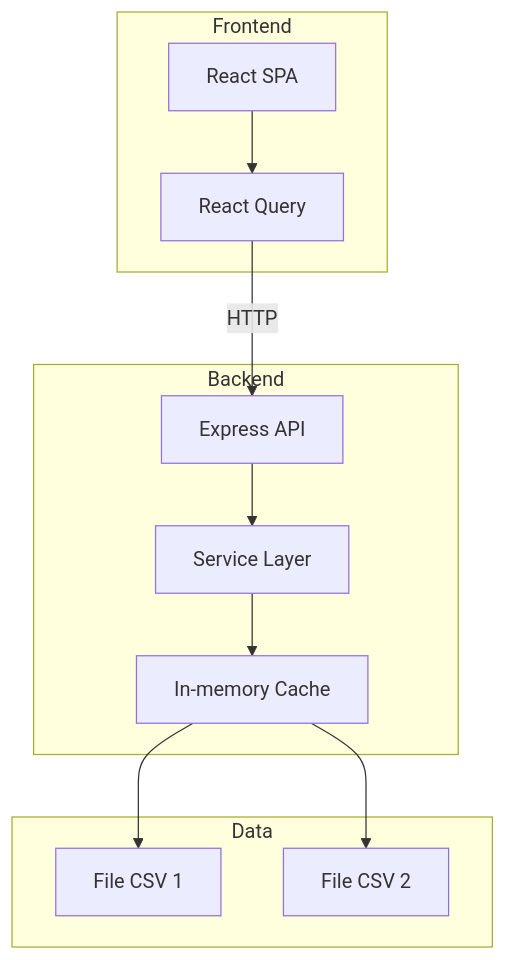
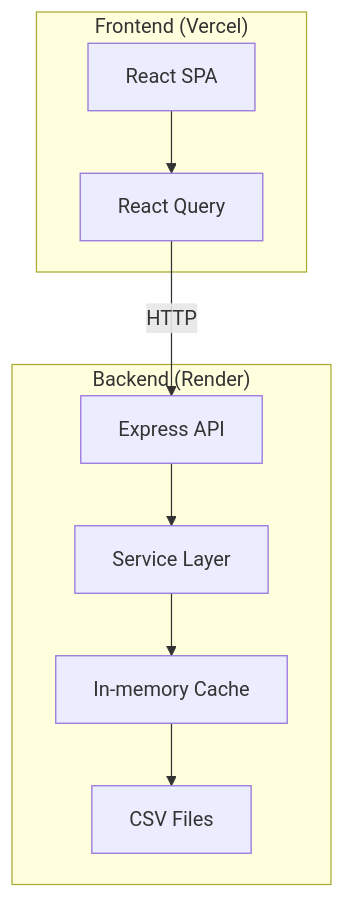
The diagram in README.md (ngsouthbrother04/foodtour-sg), drawn with Mermaid before and after one commit. The commit also changed other lines of this file and 2 other files, not shown here.

First line of the commit message:
refactor: clean up project structure after moving data folder

````diff
--- a/README.md
+++ b/README.md
@@ -21,20 +30,14 @@
 ```mermaid
 flowchart TB
-    subgraph Frontend
+    subgraph Frontend["Frontend (Vercel)"]
         UI[React SPA] --> RQ[React Query]
     end
     
-    subgraph Backend
+    subgraph Backend["Backend (Render)"]
         API[Express API] --> SVC[Service Layer]
         SVC --> CACHE[In-memory Cache]
-    end
-    
-    subgraph Data
-        CSV1[File CSV 1]
-        CSV2[File CSV 2]
+        CACHE --> CSV[CSV Files]
     end
     
     RQ -->|HTTP| API
-    CACHE --> CSV1
-    CACHE --> CSV2
 ```
````
